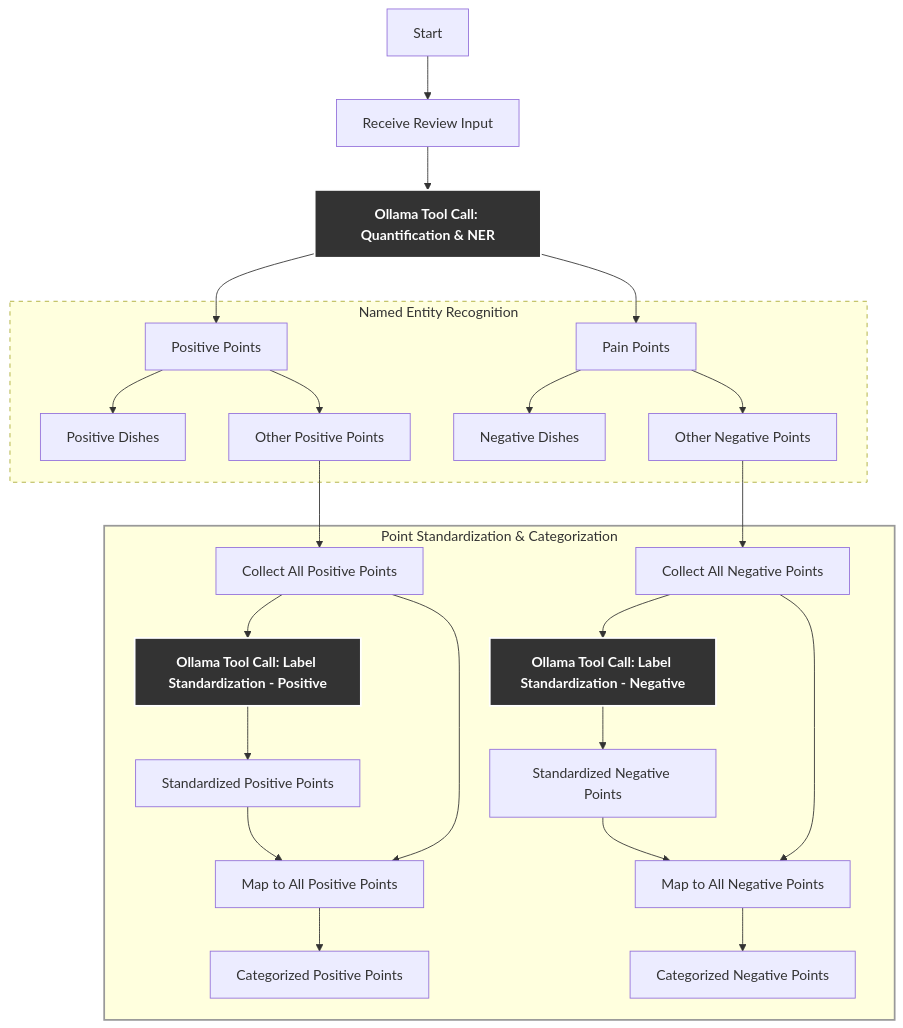
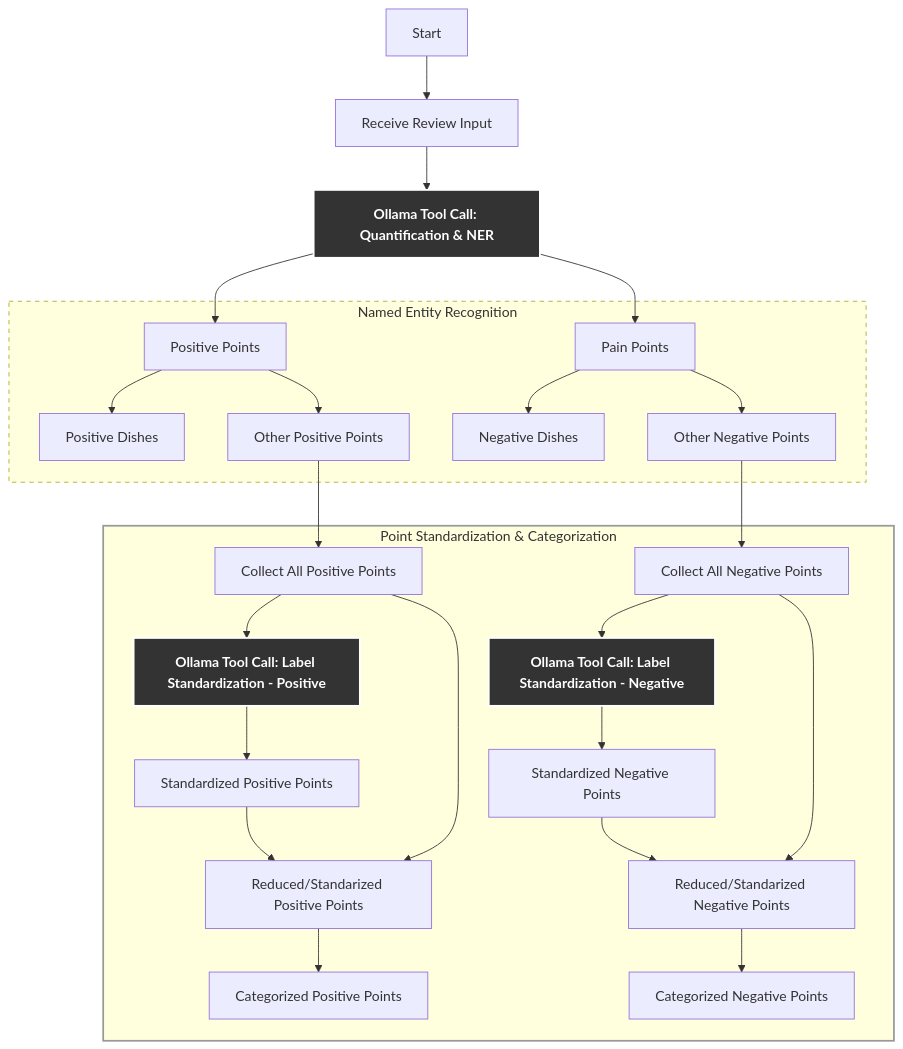
One commit to devanjanmishra/Canonicalization-via-Ollama-LLMs changed the diagram in Standardization_Canonicalization/README.md. Above: the diagram before and after it, drawn with Mermaid. The commit also changed 1 other file, not shown here.

````diff
--- a/Standardization_Canonicalization/README.md
+++ b/Standardization_Canonicalization/README.md
@@ -9,63 +9,63 @@
 ```mermaid
 flowchart TD
     A[Start] --> B[Receive Review Input]
     B --> C[Ollama Tool Call: Quantification & NER]
     C --> Pos[Positive Points]
     C --> Neg[Pain Points]
 
     Pos --> PosDishes[Positive Dishes]
     Pos --> PosOther[Other Positive Points]
     Neg --> NegDishes[Negative Dishes]
     Neg --> NegOther[Other Negative Points]
 
     PosOther --> CollectPos[Collect All Positive Points]
     NegOther --> CollectNeg[Collect All Negative Points]
 
     CollectPos --> SPos[Ollama Tool Call: Label Standardization - Positive]
     CollectNeg --> SNeg[Ollama Tool Call: Label Standardization - Negative]
 
     SPos --> StdPos[Standardized Positive Points]
-    StdPos --> MapPos[Map to All Positive Points]
+    StdPos --> MapPos[Reduced/Standarized Positive Points]
     CollectPos --> MapPos
     MapPos --> CatPos[Categorized Positive Points]
 
     SNeg --> StdNeg[Standardized Negative Points]
-    StdNeg --> MapNeg[Map to All Negative Points]
+    StdNeg --> MapNeg[Reduced/Standarized Negative Points]
     CollectNeg --> MapNeg
     MapNeg --> CatNeg[Categorized Negative Points]
 
     %% Dotted box: NER phase
     subgraph NER [ Named Entity Recognition ]
         style NER stroke-dasharray: 5
         Pos
         Neg
         PosDishes
         PosOther
         NegDishes
         NegOther
     end
 
     %% Encircle Standardization & Categorization process
     subgraph Standardization [ Point Standardization & Categorization ]
         style Standardization stroke: #999,stroke-width:2px
         PosOther
         NegOther
         CollectPos
         CollectNeg
         SPos
         SNeg
         StdPos
         StdNeg
         MapPos
         MapNeg
         CatPos
         CatNeg
     end
 
     %% Apply class to important nodes
     class C,SPos,SNeg highlight;
 
     %% Define highlight class with dark grey background and white text
     classDef highlight fill:#333,stroke:#fff,stroke-width:2px,color:#fff,font-weight:bold;
 
 ```
````
